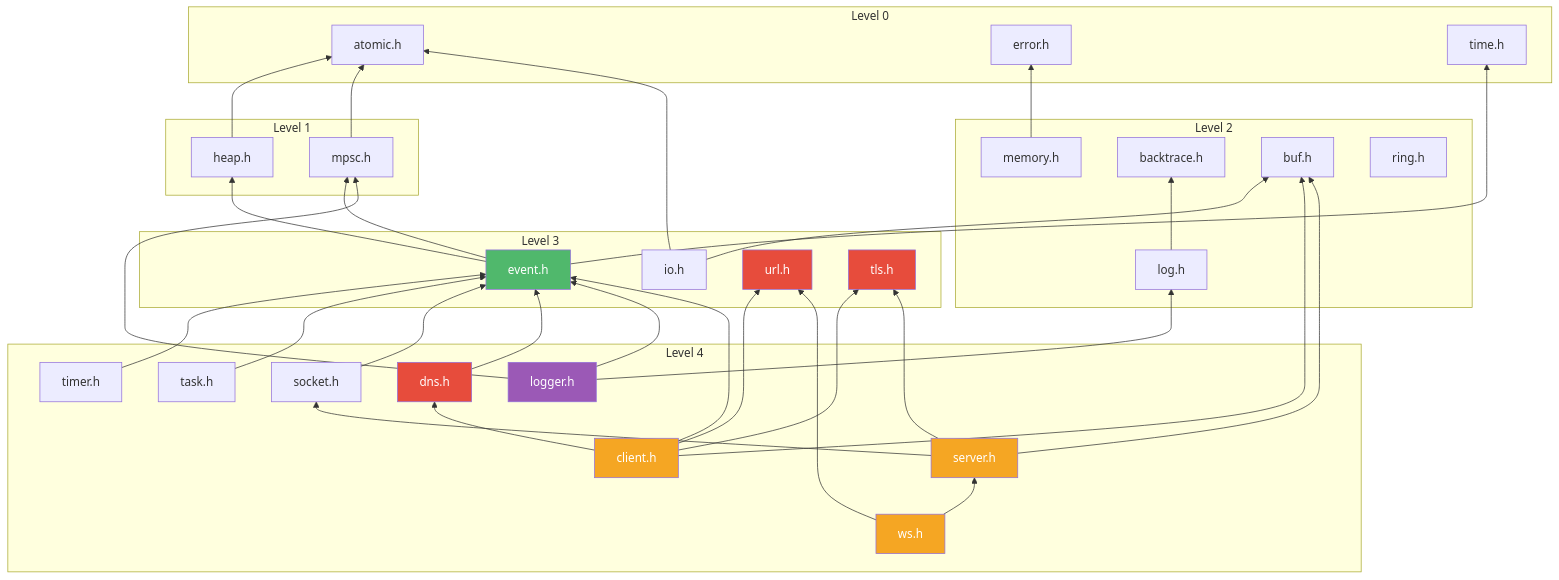
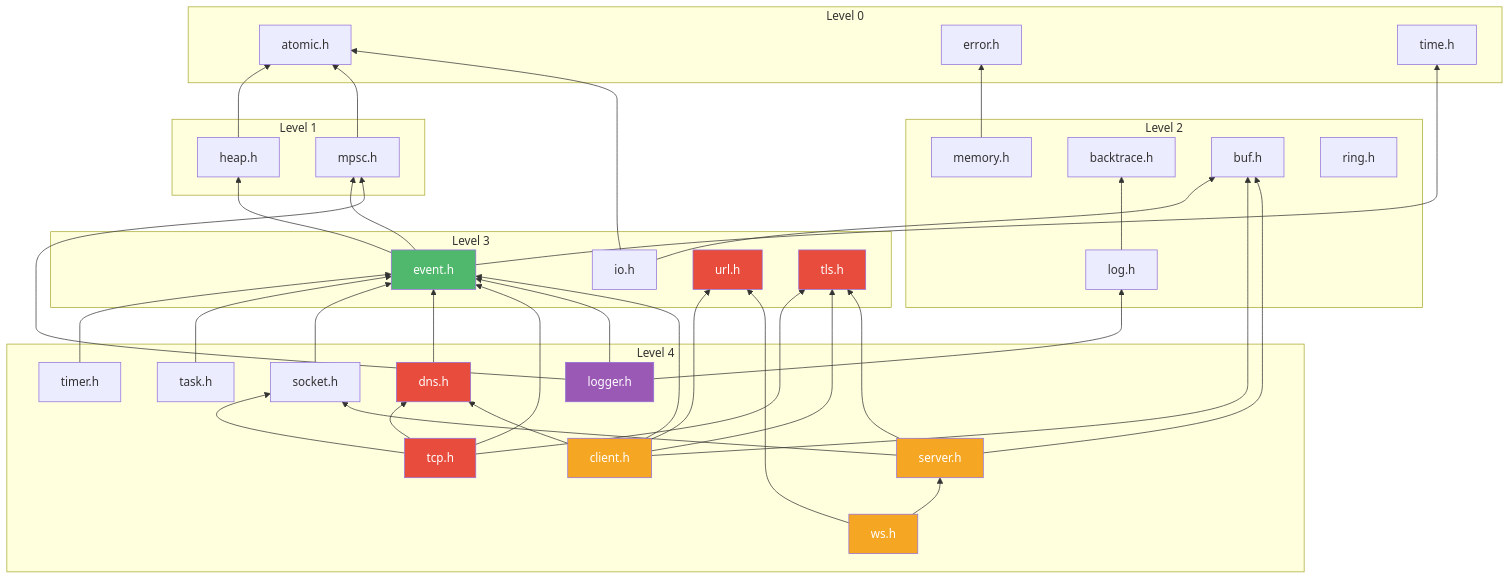
One commit to mivinci/DownloadKit changed the second of 2 diagrams in docs/README.md. Above: the diagram before and after it, drawn with Mermaid. The commit also changed other lines of this file and 3 other files, not shown here.

````diff
--- a/docs/README.md
+++ b/docs/README.md
@@ -149,75 +152,81 @@
 ```mermaid
 graph BT
     subgraph "Level 0"
         ATOMIC["atomic.h"]
         ERROR["error.h"]
         TIME["time.h"]
     end
 
     subgraph "Level 1"
         HEAP["heap.h"]
         MPSC["mpsc.h"]
     end
 
     subgraph "Level 2"
         MEMORY["memory.h"]
         LOG["log.h"]
         BT_["backtrace.h"]
         BUF["buf.h"]
         RING["ring.h"]
     end
 
     subgraph "Level 3"
         EVENT["event.h"]
         IO["io.h"]
         URL["url.h"]
         TLS_CONF["tls.h"]
     end
 
     subgraph "Level 4"
         TIMER["timer.h"]
         TASK["task.h"]
         SOCKET["socket.h"]
         DNS["dns.h"]
+        TCP["tcp.h"]
         LOGGER["logger.h"]
         CLIENT["client.h"]
         SERVER["server.h"]
         WS["ws.h"]
     end
 
     HEAP --> ATOMIC
     MPSC --> ATOMIC
     MEMORY --> ERROR
     LOG --> BT_
     IO --> ATOMIC
     IO --> BUF
     EVENT --> HEAP
     EVENT --> MPSC
     EVENT --> TIME
     TIMER --> EVENT
     TASK --> EVENT
     SOCKET --> EVENT
     DNS --> EVENT
+    TCP --> EVENT
+    TCP --> DNS
+    TCP --> SOCKET
+    TCP --> TLS_CONF
     LOGGER --> EVENT
     LOGGER --> MPSC
     LOGGER --> LOG
     CLIENT --> EVENT
     CLIENT --> BUF
     CLIENT --> URL
     CLIENT --> DNS
     CLIENT --> TLS_CONF
     SERVER --> SOCKET
     SERVER --> BUF
     SERVER --> TLS_CONF
     WS --> SERVER
     WS --> URL
 
     style EVENT fill:#50b86c,color:#fff
     style URL fill:#e74c3c,color:#fff
     style DNS fill:#e74c3c,color:#fff
+    style TCP fill:#e74c3c,color:#fff
     style TLS_CONF fill:#e74c3c,color:#fff
     style CLIENT fill:#f5a623,color:#fff
     style SERVER fill:#f5a623,color:#fff
     style WS fill:#f5a623,color:#fff
     style LOGGER fill:#9b59b6,color:#fff
 ```
````
